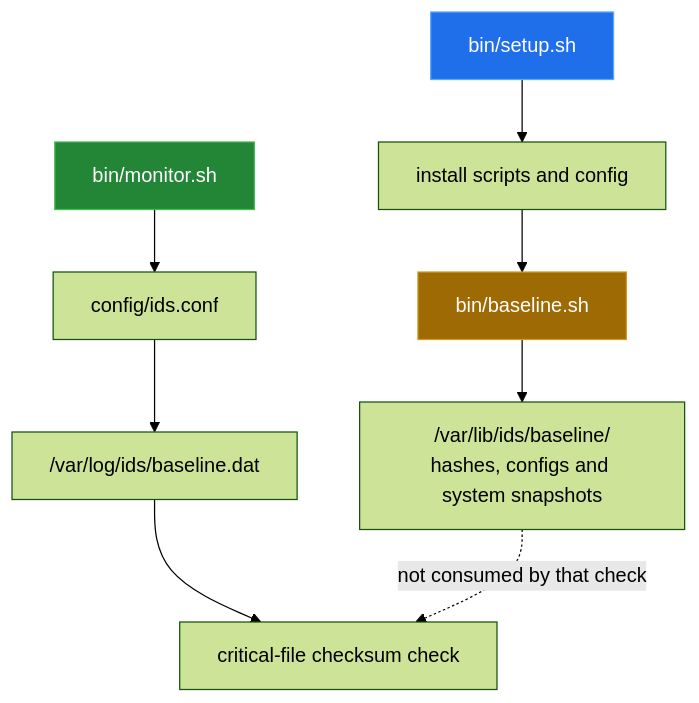
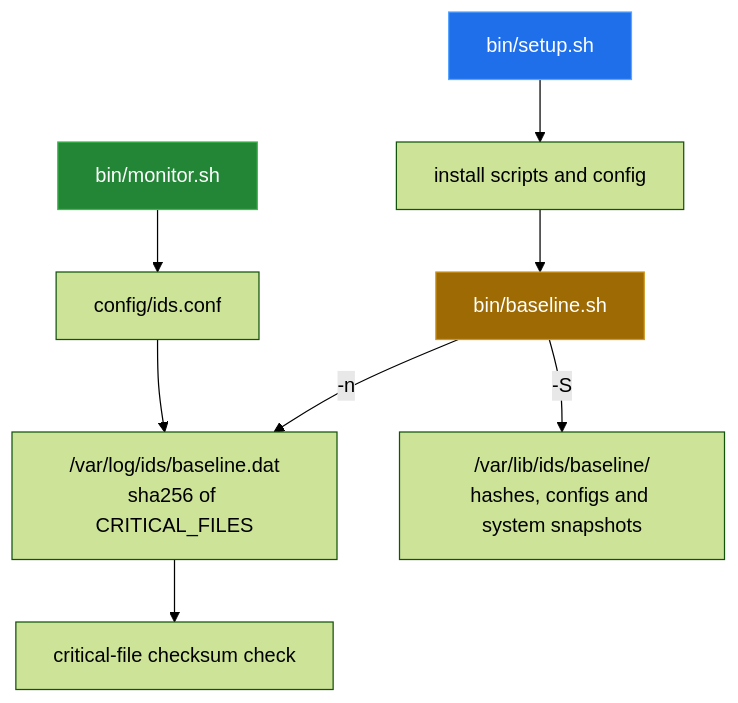
Before and after one commit to Bissbert/posix-ids: the diagram in docs/baseline-and-operation.md, drawn with Mermaid (forest theme). The commit also changed other lines of this file and 8 other files, not shown here.

````diff
--- a/docs/baseline-and-operation.md
+++ b/docs/baseline-and-operation.md
@@ -10,14 +13,14 @@
 ```mermaid
 flowchart TD
     S["bin/setup.sh"] --> I["install scripts and config"]
     I --> B["bin/baseline.sh"]
-    B --> L["/var/lib/ids/baseline/<br/>hashes, configs and system snapshots"]
+    B -- "-n" --> F["/var/log/ids/baseline.dat<br/>sha256 of CRITICAL_FILES"]
+    B -- "-S" --> L["/var/lib/ids/baseline/<br/>hashes, configs and system snapshots"]
     M["bin/monitor.sh"] --> C["config/ids.conf"]
-    C --> F["/var/log/ids/baseline.dat"]
+    C --> F
     F --> K["critical-file checksum check"]
-    L -. "not consumed by that check" .-> K
 
     style S fill:#1f6feb,stroke:#58a6ff,color:#fff
     style B fill:#9e6a03,stroke:#d29922,color:#fff
     style M fill:#238636,stroke:#3fb950,color:#fff
 ```
````
